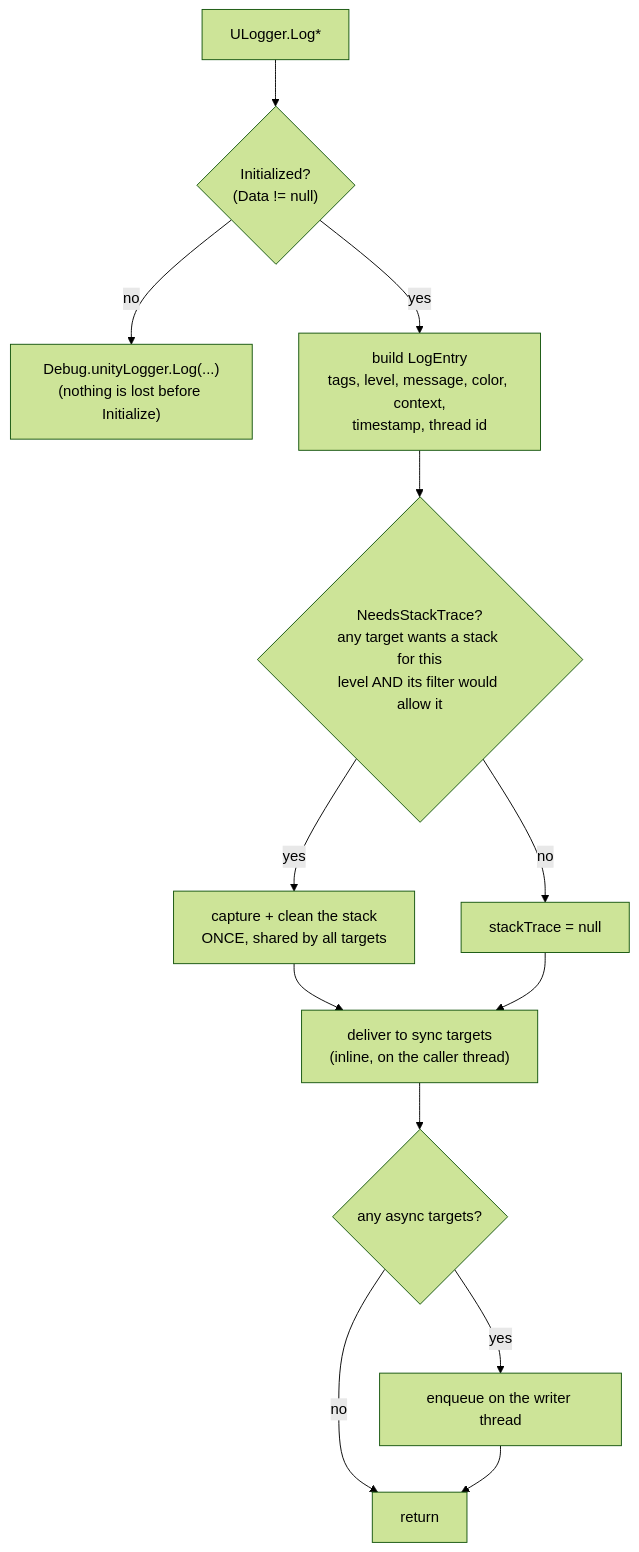
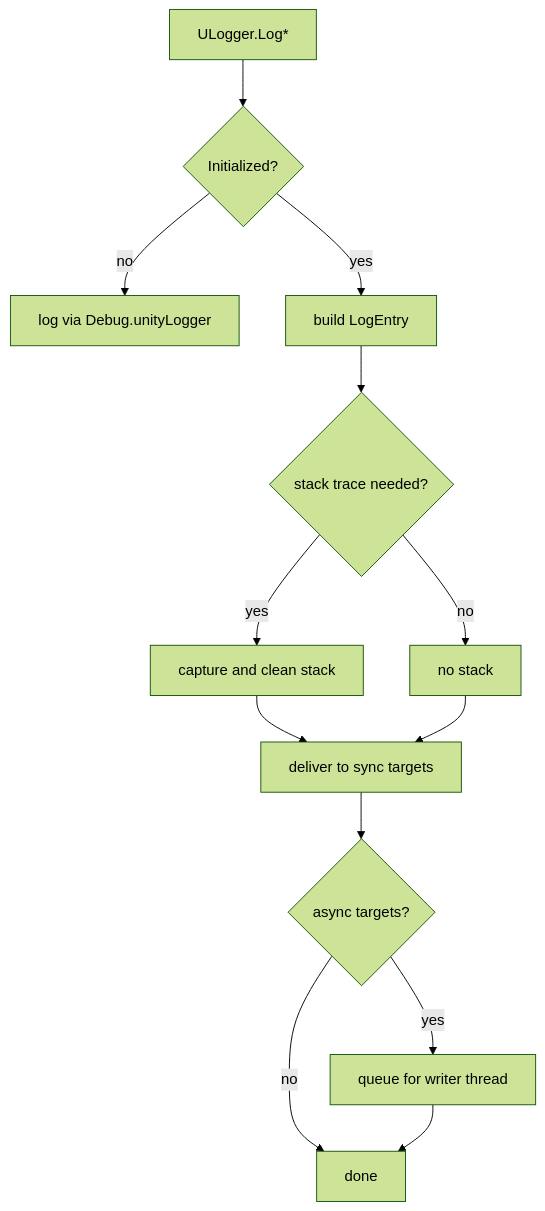
The second of 7 diagrams in docs/logging-pipeline.md (Appegy/UniLogger), drawn with Mermaid (forest theme) before and after one commit. The commit also changed other lines of this file, not shown here.

Commit message:
docs: simplify log pipeline doc and drop redundant sections

````diff
--- a/docs/logging-pipeline.md
+++ b/docs/logging-pipeline.md
@@ -90,17 +66,15 @@
 ```mermaid
 flowchart TD
-    START["ULogger.Log*"] --> NULLCHK{"Initialized?<br/>(Data != null)"}
-    NULLCHK -->|"no"| FALLBACK["Debug.unityLogger.Log(...)<br/>(nothing is lost before Initialize)"]
-    NULLCHK -->|"yes"| ENTRY["build LogEntry<br/>tags, level, message, color, context,<br/>timestamp, thread id"]
-
-    ENTRY --> NEEDS{"NeedsStackTrace?<br/>any target wants a stack for this<br/>level AND its filter would allow it"}
-    NEEDS -->|"yes"| CAP["capture + clean the stack<br/>ONCE, shared by all targets"]
-    NEEDS -->|"no"| SKIP["stackTrace = null"]
-
-    CAP --> SYNC
+    START["ULogger.Log*"] --> NULLCHK{"Initialized?"}
+    NULLCHK -->|"no"| FALLBACK["log via Debug.unityLogger"]
+    NULLCHK -->|"yes"| ENTRY["build LogEntry"]
+    ENTRY --> NEEDS{"stack trace needed?"}
+    NEEDS -->|"yes"| CAP["capture and clean stack"]
+    NEEDS -->|"no"| SKIP["no stack"]
+    CAP --> SYNC["deliver to sync targets"]
     SKIP --> SYNC
-    SYNC["deliver to sync targets<br/>(inline, on the caller thread)"] --> ASYNCCHK{"any async targets?"}
-    ASYNCCHK -->|"yes"| ENQ["enqueue on the writer thread"]
-    ASYNCCHK -->|"no"| DONE["return"]
+    SYNC --> ASYNCCHK{"async targets?"}
+    ASYNCCHK -->|"yes"| ENQ["queue for writer thread"]
+    ASYNCCHK -->|"no"| DONE["done"]
     ENQ --> DONE
 ```
````
